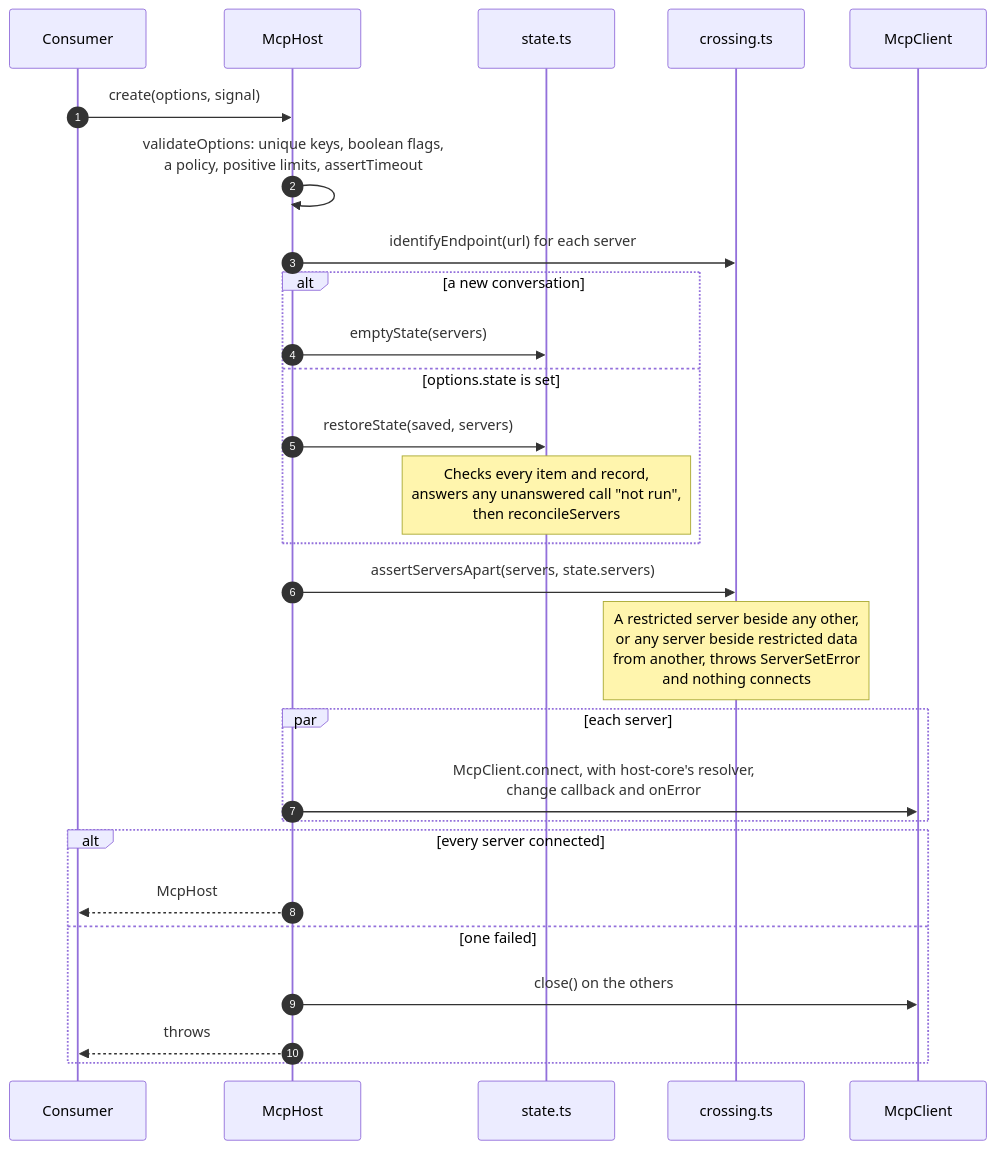
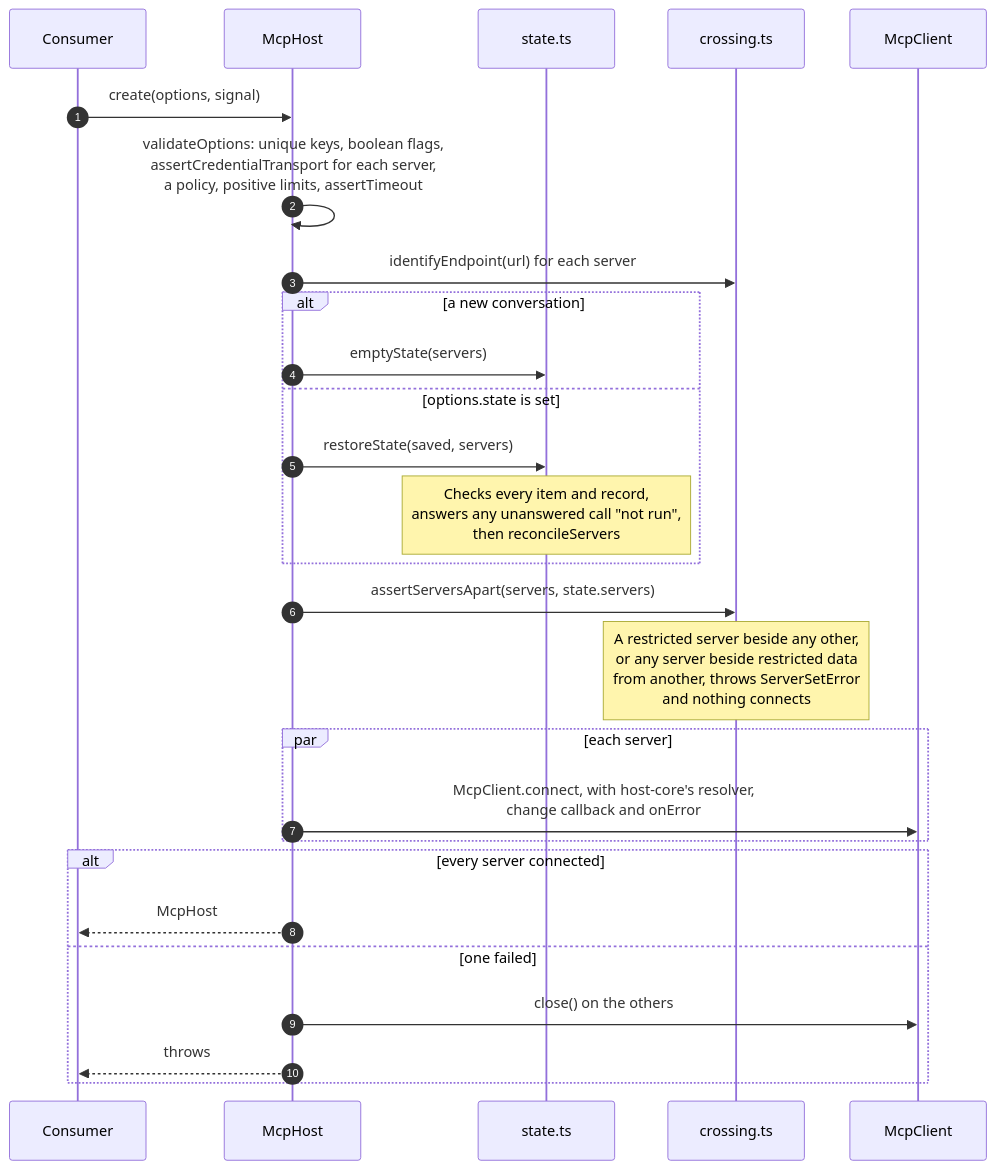
One commit to overture-stack/arranger changed the second of 7 diagrams in modules/mcp-host-core/docs/architecture.md. Above: the diagram before and after it, drawn with Mermaid. The commit also changed other lines of this file and 8 other files, not shown here.

````diff
--- a/modules/mcp-host-core/docs/architecture.md
+++ b/modules/mcp-host-core/docs/architecture.md
@@ -86,30 +86,30 @@
 ```mermaid
 sequenceDiagram
     autonumber
     participant C as Consumer
     participant H as McpHost
     participant S as state.ts
     participant X as crossing.ts
     participant M as McpClient
 
     C->>H: create(options, signal)
-    H->>H: validateOptions: unique keys, boolean flags,<br/>a policy, positive limits, assertTimeout
+    H->>H: validateOptions: unique keys, boolean flags,<br/>assertCredentialTransport for each server,<br/>a policy, positive limits, assertTimeout
     H->>X: identifyEndpoint(url) for each server
     alt a new conversation
         H->>S: emptyState(servers)
     else options.state is set
         H->>S: restoreState(saved, servers)
         Note over S: Checks every item and record,<br/>answers any unanswered call "not run",<br/>then reconcileServers
     end
     H->>X: assertServersApart(servers, state.servers)
     Note over X: A restricted server beside any other,<br/>or any server beside restricted data<br/>from another, throws ServerSetError<br/>and nothing connects
     par each server
         H->>M: McpClient.connect, with host-core's resolver,<br/>change callback and onError
     end
     alt every server connected
         H-->>C: McpHost
     else one failed
         H->>M: close() on the others
         H-->>C: throws
     end
 ```
````
